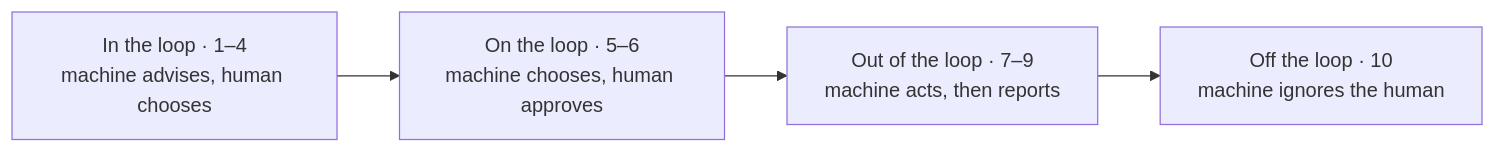
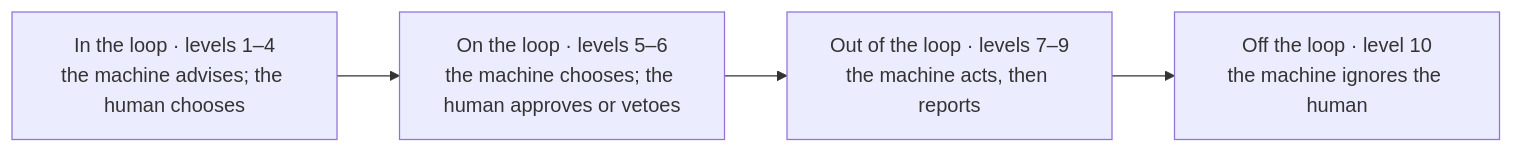
The diagram in content/en/docs/agentic_ai/levels_of_automation.md (kk-engineer/robosathi), drawn with Mermaid before and after one commit. The commit also changed other lines of this file and 15 other files, not shown here.

````diff
--- a/content/en/docs/agentic_ai/levels_of_automation.md
+++ b/content/en/docs/agentic_ai/levels_of_automation.md
@@ -77,6 +72,6 @@
 ```mermaid
 graph LR
-    A["In the loop · 1–4<br/>machine advises, human chooses"] --> B["On the loop · 5–6<br/>machine chooses, human approves"]
-    B --> C["Out of the loop · 7–9<br/>machine acts, then reports"]
-    C --> D["Off the loop · 10<br/>machine ignores the human"]
+    A["In the loop · levels 1–4<br/>the machine advises; the human chooses"] --> B["On the loop · levels 5–6<br/>the machine chooses; the human approves or vetoes"]
+    B --> C["Out of the loop · levels 7–9<br/>the machine acts, then reports"]
+    C --> D["Off the loop · level 10<br/>the machine ignores the human"]
 ```
````
